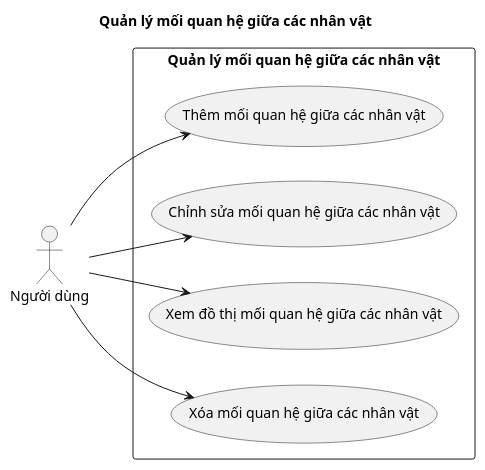
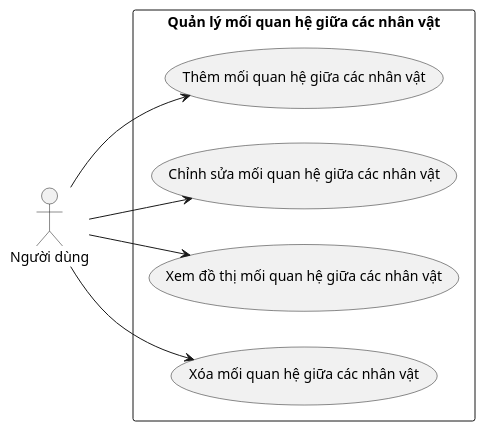
The diagram in docs/use-case-diagrams/moi-quan-he-nhan-vat.puml (202416852-anhpv/story2video-docs), drawn with PlantUML before and after one commit. The commit also changed 10 other files, not shown here.

```diff
--- a/docs/use-case-diagrams/moi-quan-he-nhan-vat.puml
+++ b/docs/use-case-diagrams/moi-quan-he-nhan-vat.puml
@@ -1,19 +1,18 @@
 @startuml moi-quan-he-nhan-vat
-title Quản lý mối quan hệ giữa các nhân vật
 left to right direction
 
 actor "Người dùng" as User
 
 rectangle "Quản lý mối quan hệ giữa các nhân vật" {
     usecase "Thêm mối quan hệ giữa các nhân vật" as UC_01
     usecase "Chỉnh sửa mối quan hệ giữa các nhân vật" as UC_02
     usecase "Xem đồ thị mối quan hệ giữa các nhân vật" as UC_03
     usecase "Xóa mối quan hệ giữa các nhân vật" as UC_04
 }
 
 User --> UC_01
 User --> UC_02
 User --> UC_03
 User --> UC_04
 
 @enduml
```
